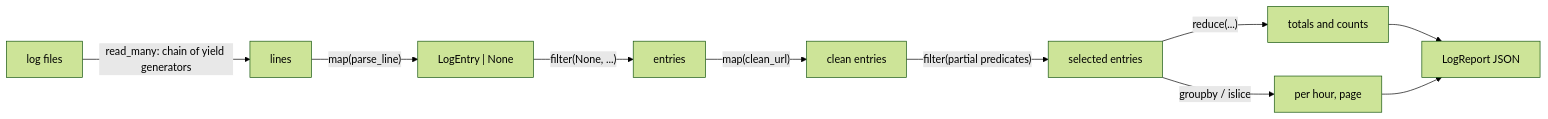
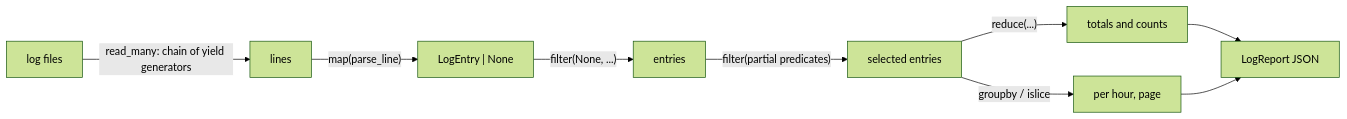
Before and after one commit to Molyceo12/AmaliTech_Python_Backend_Labs: the second of 2 diagrams in ADVANCED_PYTHON/log-file-analyzer/README.md, drawn with Mermaid (forest theme). The commit also changed other lines of this file and 15 other files, not shown here.

````diff
--- a/ADVANCED_PYTHON/log-file-analyzer/README.md
+++ b/ADVANCED_PYTHON/log-file-analyzer/README.md
@@ -350,12 +350,11 @@
 ```mermaid
 flowchart LR
     A[log files] -->|"read_many: chain of yield generators"| B[lines]
     B -->|"map(parse_line)"| C["LogEntry | None"]
     C -->|"filter(None, ...)"| D[entries]
-    D -->|"map(clean_url)"| E[clean entries]
-    E -->|"filter(partial predicates)"| F[selected entries]
+    D -->|"filter(partial predicates)"| F[selected entries]
     F -->|"reduce(...)"| G[totals and counts]
     F -->|"groupby / islice"| H[per hour, page]
     G --> I[LogReport JSON]
     H --> I
 ```
````
